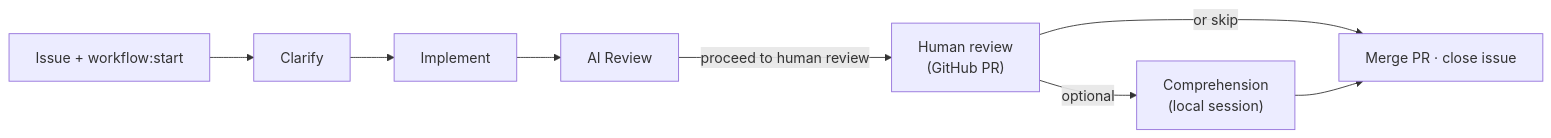
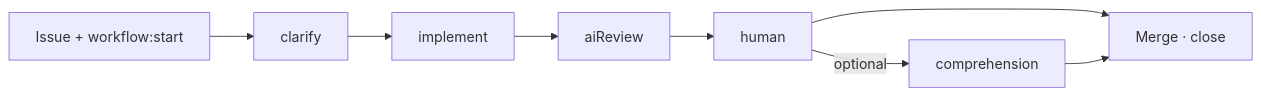
One commit to D-Andreev/ai-workflow-routines changed the diagram in README.md. Above: the diagram before and after it, drawn with Mermaid. The commit also changed other lines of this file, not shown here.

````diff
--- a/README.md
+++ b/README.md
@@ -16,16 +11,5 @@
 ```mermaid
 flowchart LR
-    issue["Issue + workflow:start"]
-    clarify["Clarify"]
-    implement["Implement"]
-    aiReview["AI Review\n"]
-    human["Human review\n(GitHub PR)"]
-
-    issue --> clarify
-    clarify --> implement
-    implement --> aiReview
-    aiReview -->|"proceed to human review"| human
-    human -->|"optional"| comprehension["Comprehension\n(local session)"]
-    human -->|"or skip"| merge["Merge PR · close issue"]
-    comprehension --> merge
+    issue["Issue + workflow:start"] --> clarify --> implement --> aiReview --> human --> merge["Merge · close"]
+    human -->|"optional"| comprehension --> merge
 ```
````
